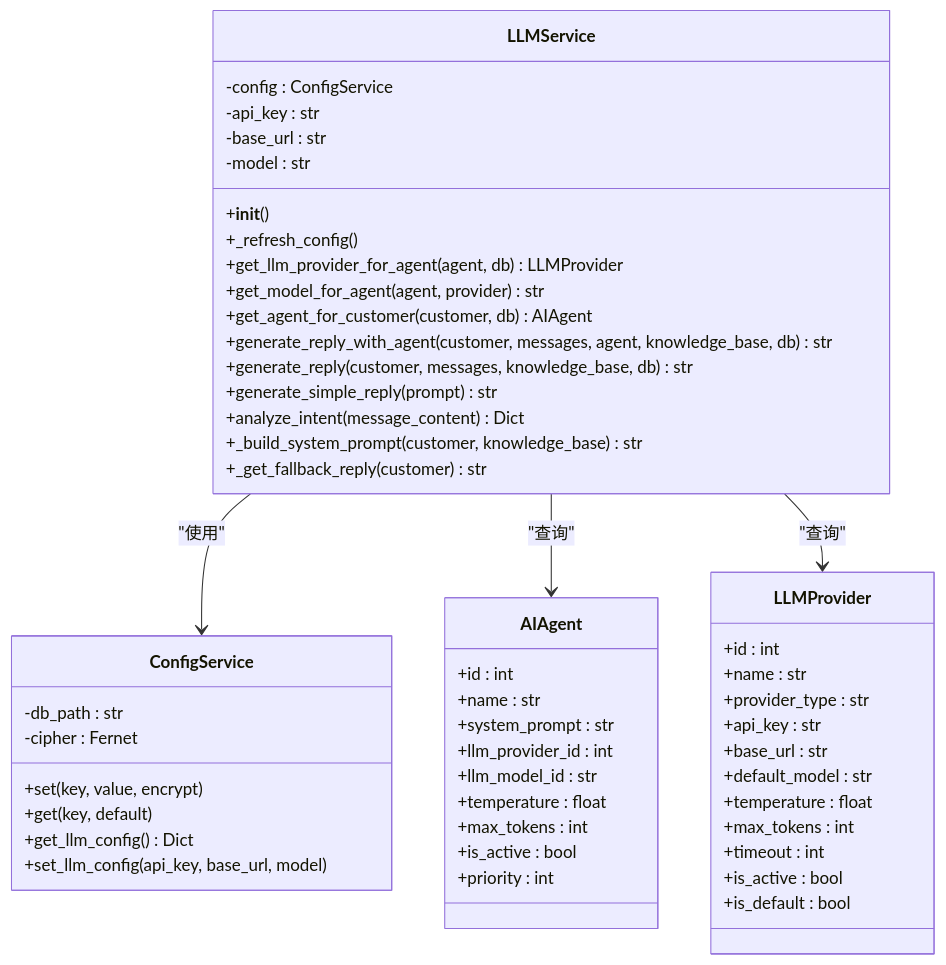
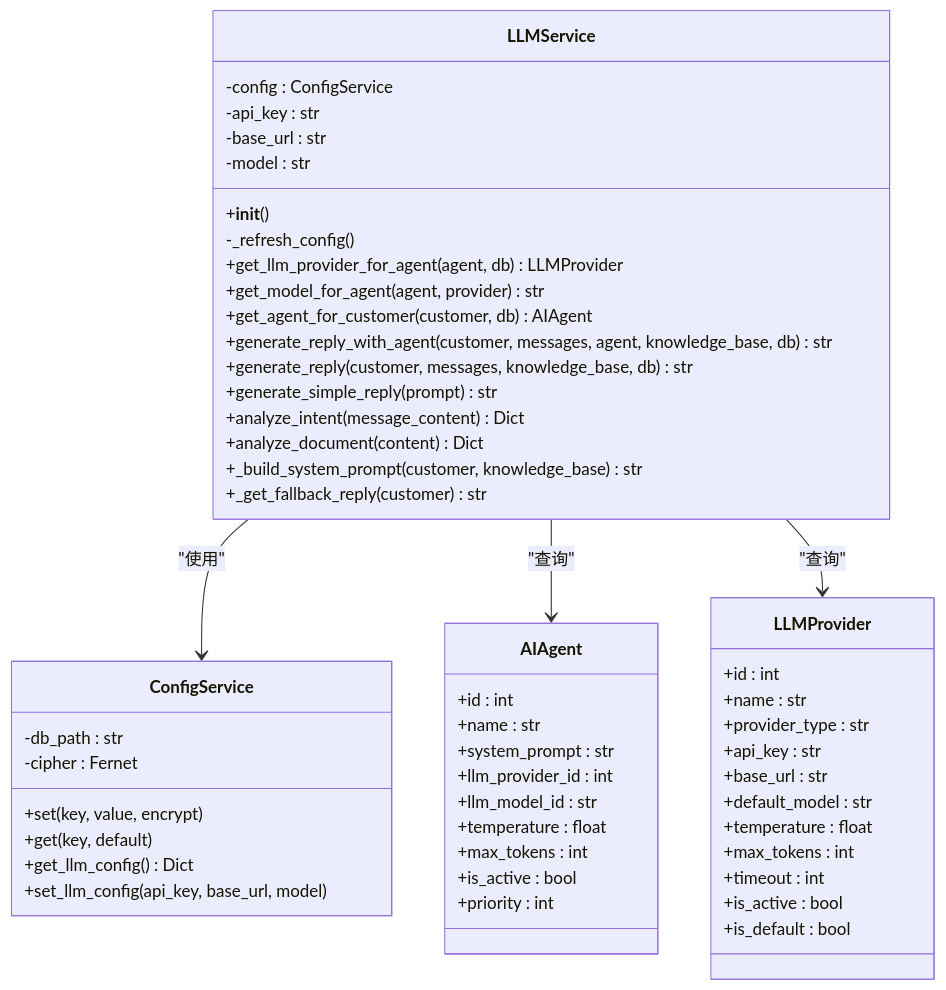
One commit to 2950730liao-hub/whatsapp-reply changed the third of 8 diagrams in .qoder/repowiki/zh/content/核心模块/大语言模型服务模块.md. Above: the diagram before and after it, drawn with Mermaid. The commit also changed other lines of this file and 10 other files, not shown here.

````diff
--- a/.qoder/repowiki/zh/content/核心模块/大语言模型服务模块.md
+++ b/.qoder/repowiki/zh/content/核心模块/大语言模型服务模块.md
@@ -181,55 +191,56 @@
 ```mermaid
 classDiagram
 class LLMService {
 -config : ConfigService
 -api_key : str
 -base_url : str
 -model : str
 +__init__()
-+_refresh_config()
+-_refresh_config()
 +get_llm_provider_for_agent(agent, db) LLMProvider
 +get_model_for_agent(agent, provider) str
 +get_agent_for_customer(customer, db) AIAgent
 +generate_reply_with_agent(customer, messages, agent, knowledge_base, db) str
 +generate_reply(customer, messages, knowledge_base, db) str
 +generate_simple_reply(prompt) str
 +analyze_intent(message_content) Dict
++analyze_document(content) Dict
 +_build_system_prompt(customer, knowledge_base) str
 +_get_fallback_reply(customer) str
 }
 class ConfigService {
 -db_path : str
 -cipher : Fernet
 +set(key, value, encrypt)
 +get(key, default)
 +get_llm_config() Dict
 +set_llm_config(api_key, base_url, model)
 }
 class AIAgent {
 +id : int
 +name : str
 +system_prompt : str
 +llm_provider_id : int
 +llm_model_id : str
 +temperature : float
 +max_tokens : int
 +is_active : bool
 +priority : int
 }
 class LLMProvider {
 +id : int
 +name : str
 +provider_type : str
 +api_key : str
 +base_url : str
 +default_model : str
 +temperature : float
 +max_tokens : int
 +timeout : int
 +is_active : bool
 +is_default : bool
 }
 LLMService --> ConfigService : "使用"
 LLMService --> AIAgent : "查询"
 LLMService --> LLMProvider : "查询"
 ```
````
